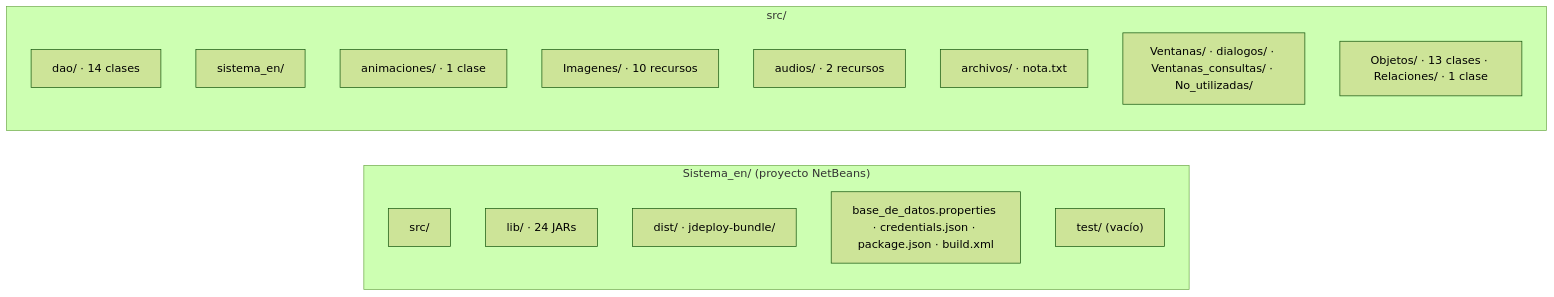
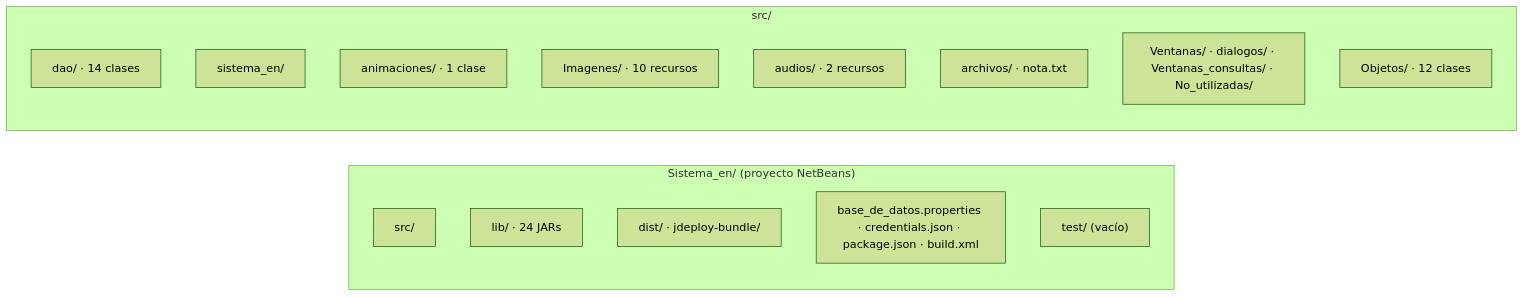
Before and after one commit to ares-linux/Sistema_EN: the third of 4 diagrams in MODULOS.md, drawn with Mermaid (forest theme). The commit also changed other lines of this file and 2 other files, not shown here.

Commit message:
Actualizacion de la documentacion: retiro de stubs de los POJOs y de referencias a Bitacora_Trabajador/Relaciones ya eliminados, version 1.0.20 y 38 dependencias

````diff
--- a/MODULOS.md
+++ b/MODULOS.md
@@ -603,22 +600,22 @@
 ```mermaid
 flowchart LR
     subgraph ROOT["Sistema_en/ (proyecto NetBeans)"]
         direction TB
         SRC["src/"]
         LIB["lib/ · 24 JARs"]
         DIST["dist/ · jdeploy-bundle/"]
         CONF["base_de_datos.properties · credentials.json · package.json · build.xml"]
         TEST["test/ (vacío)"]
     end
 
     subgraph PKG["src/"]
         A["dao/ · 14 clases"]
         B["sistema_en/"]
         C["animaciones/ · 1 clase"]
         D["Imagenes/ · 10 recursos"]
         E["audios/ · 2 recursos"]
         F["archivos/ · nota.txt"]
         B2["Ventanas/ · dialogos/ · Ventanas_consultas/ · No_utilizadas/"]
-        B3["Objetos/ · 13 clases · Relaciones/ · 1 clase"]
+        B3["Objetos/ · 12 clases"]
     end
 ```
````
